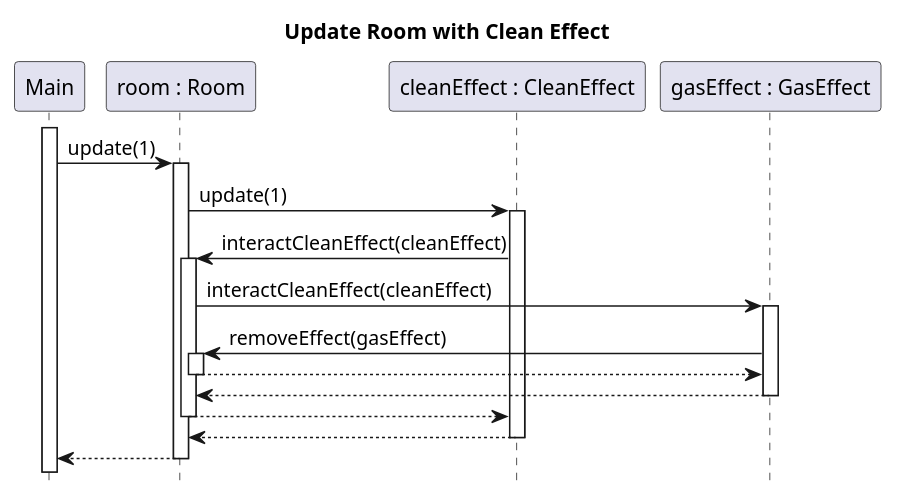
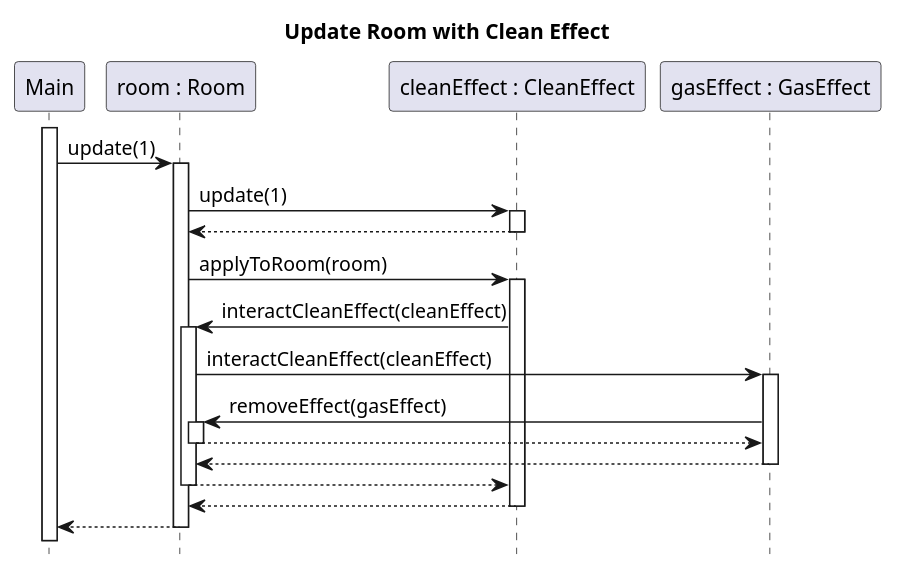
Before and after one commit to sn4k3ch4rm3r/logarlec: the diagram in docs/diagrams/test-sequence/room-update-clean-effect.puml, drawn with PlantUML.

Commit message:
Clean effect fix

```diff
--- a/docs/diagrams/test-sequence/room-update-clean-effect.puml
+++ b/docs/diagrams/test-sequence/room-update-clean-effect.puml
@@ -1,22 +1,24 @@
 @startuml room-update-clean-effect
 title Update Room with Clean Effect
 hide footbox
 skinparam SequenceReferenceBackgroundColor white
 
 participant Main
 participant "room : Room" as room
 participant "cleanEffect : CleanEffect" as cleanEffect
 participant "gasEffect : GasEffect" as gasEffect
 
 activate Main
 Main -> room ++ : update(1)
     room -> cleanEffect ++ : update(1)
+    return
+    room -> cleanEffect ++ : applyToRoom(room)
         cleanEffect -> room ++ : interactCleanEffect(cleanEffect)
             room -> gasEffect ++ : interactCleanEffect(cleanEffect)
                 gasEffect -> room ++ : removeEffect(gasEffect)
                 return
             return
         return
     return
 return
 @enduml
```
